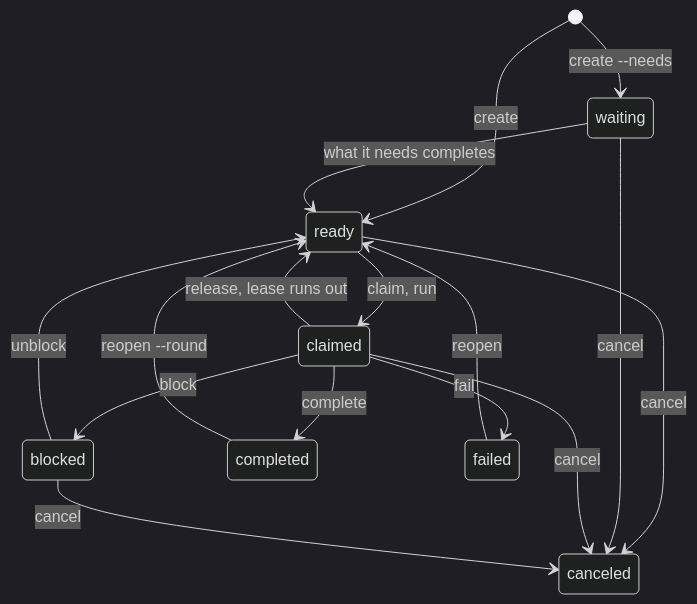
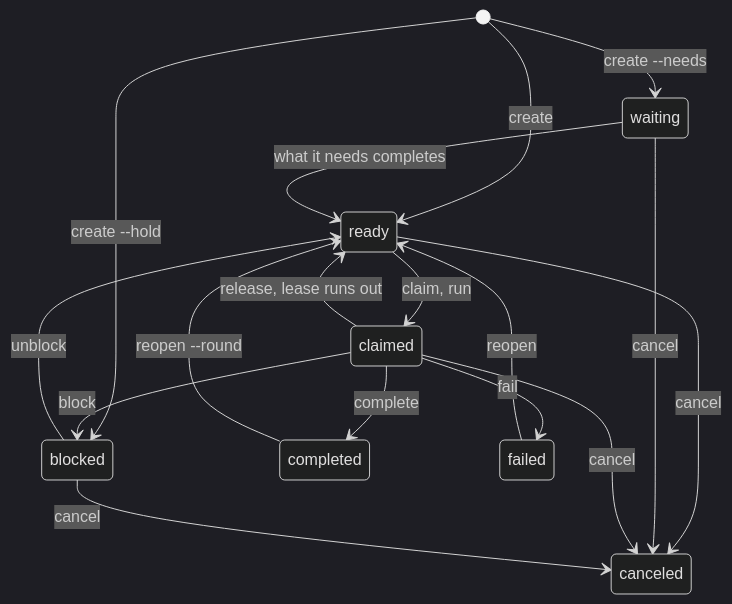
The diagram in packages/muster/docs/01-concepts/08-tasks.md (openmuster/muster), drawn with Mermaid (dark theme) before and after one commit. The commit also changed other lines of this file and 25 other files, not shown here.

First line of the commit message:
feat(tasks): park work with create --hold, and filter blocks by kind

````diff
--- a/packages/muster/docs/01-concepts/08-tasks.md
+++ b/packages/muster/docs/01-concepts/08-tasks.md
@@ -37,18 +37,19 @@
 ```mermaid
 stateDiagram-v2
     [*] --> ready: create
     [*] --> waiting: create --needs
+    [*] --> blocked: create --hold
     waiting --> ready: what it needs completes
     ready --> claimed: claim, run
     claimed --> ready: release, lease runs out
     claimed --> blocked: block
     blocked --> ready: unblock
     claimed --> completed: complete
     claimed --> failed: fail
     completed --> ready: reopen --round
     failed --> ready: reopen
     ready --> canceled: cancel
     waiting --> canceled: cancel
     claimed --> canceled: cancel
     blocked --> canceled: cancel
 ```
````
